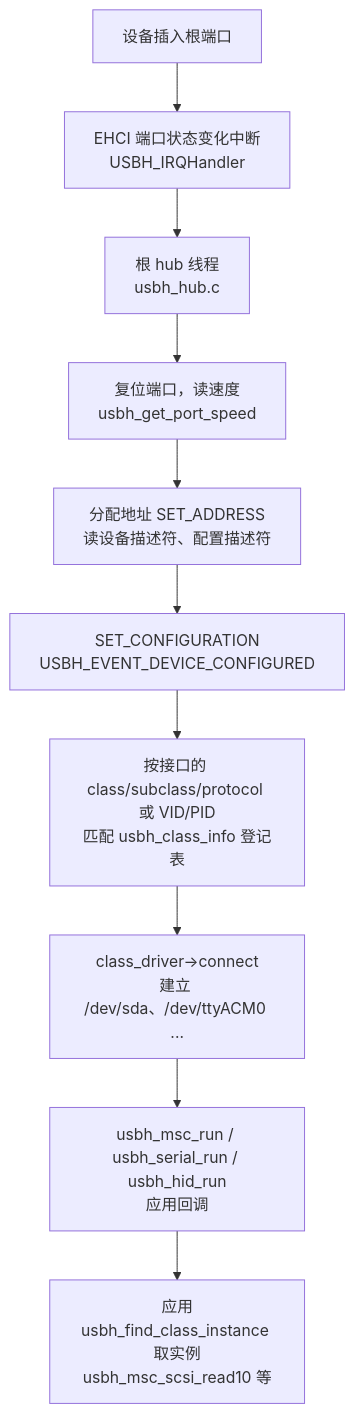
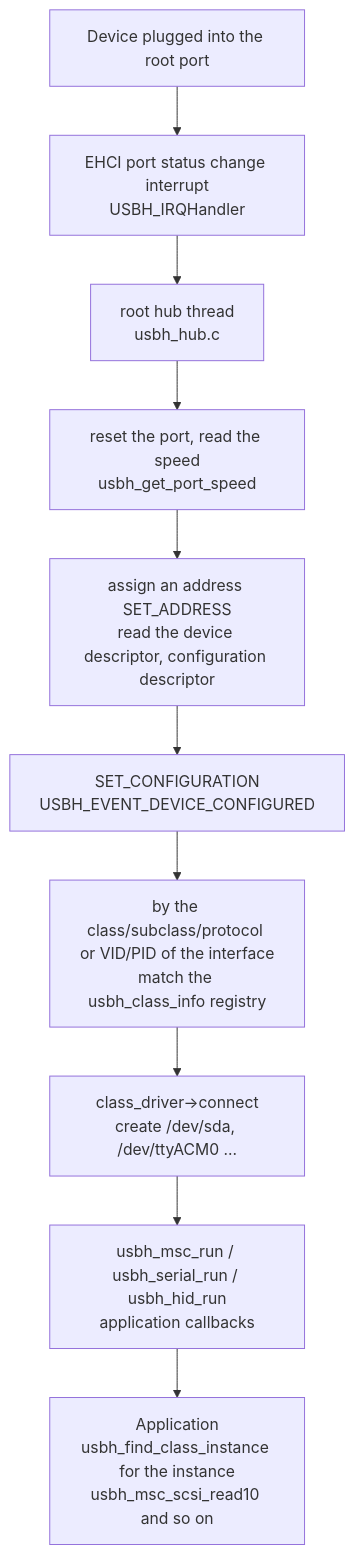
Before and after one commit to YuzukiHD/YuzukiNeko: the third of 3 diagrams in docs/src/content/docs/dev/zephyr/components/cherryusb.md, drawn with Mermaid. The commit also changed other lines of this file and 216 other files, not shown here.

````diff
--- a/docs/src/content/docs/dev/zephyr/components/cherryusb.md
+++ b/docs/src/content/docs/dev/zephyr/components/cherryusb.md
@@ -127,12 +127,12 @@
 ```mermaid
 flowchart TB
-    PLUG["设备插入根端口"] --> IRQ["EHCI 端口状态变化中断<br/>USBH_IRQHandler"]
-    IRQ --> THREAD["根 hub 线程<br/>usbh_hub.c"]
-    THREAD --> RESET["复位端口，读速度<br/>usbh_get_port_speed"]
-    RESET --> ADDR["分配地址 SET_ADDRESS<br/>读设备描述符、配置描述符"]
+    PLUG["Device plugged into the root port"] --> IRQ["EHCI port status change interrupt<br/>USBH_IRQHandler"]
+    IRQ --> THREAD["root hub thread<br/>usbh_hub.c"]
+    THREAD --> RESET["reset the port, read the speed<br/>usbh_get_port_speed"]
+    RESET --> ADDR["assign an address SET_ADDRESS<br/>read the device descriptor, configuration descriptor"]
     ADDR --> CFG["SET_CONFIGURATION<br/>USBH_EVENT_DEVICE_CONFIGURED"]
-    CFG --> MATCH["按接口的 class/subclass/protocol 或 VID/PID<br/>匹配 usbh_class_info 登记表"]
-    MATCH --> CONNECT["class_driver->connect<br/>建立 /dev/sda、/dev/ttyACM0 ..."]
-    CONNECT --> RUN["usbh_msc_run / usbh_serial_run / usbh_hid_run<br/>应用回调"]
-    RUN --> APP["应用<br/>usbh_find_class_instance 取实例<br/>usbh_msc_scsi_read10 等"]
+    CFG --> MATCH["by the class/subclass/protocol or VID/PID of the interface<br/>match the usbh_class_info registry"]
+    MATCH --> CONNECT["class_driver->connect<br/>create /dev/sda, /dev/ttyACM0 ..."]
+    CONNECT --> RUN["usbh_msc_run / usbh_serial_run / usbh_hid_run<br/>application callbacks"]
+    RUN --> APP["Application<br/>usbh_find_class_instance for the instance<br/>usbh_msc_scsi_read10 and so on"]
 ```
````
